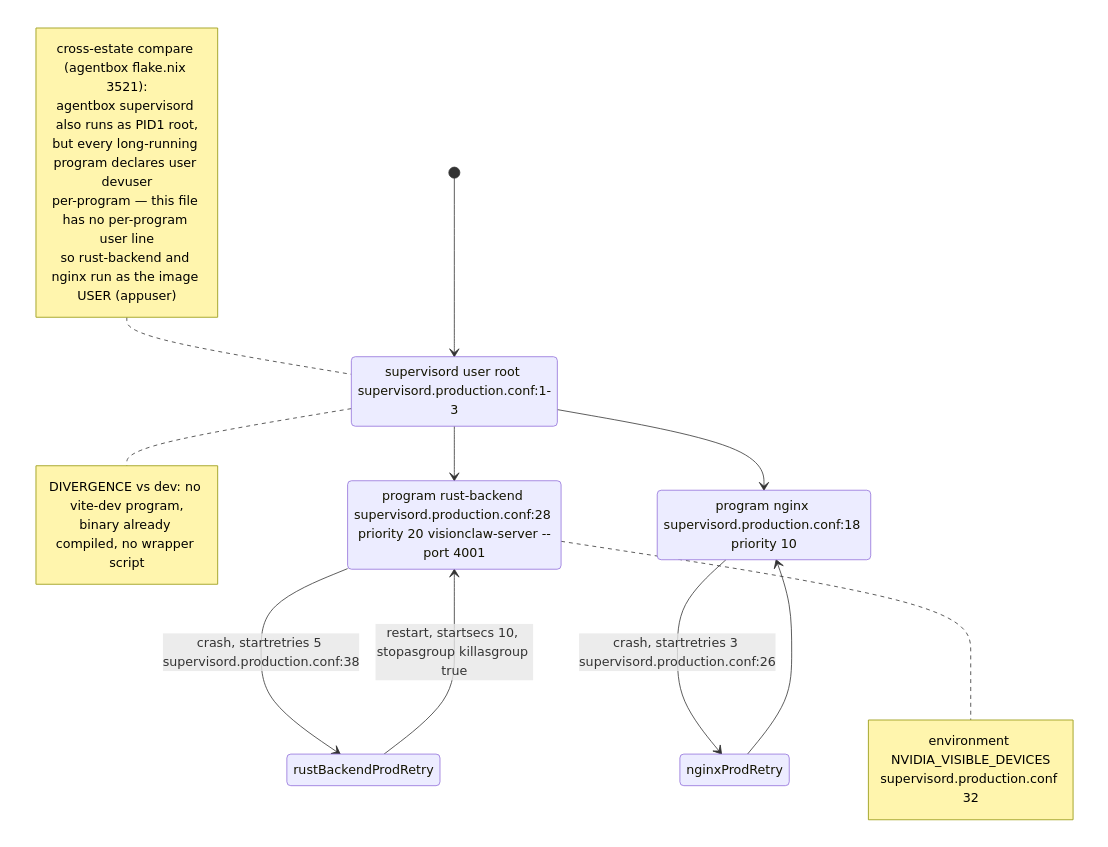
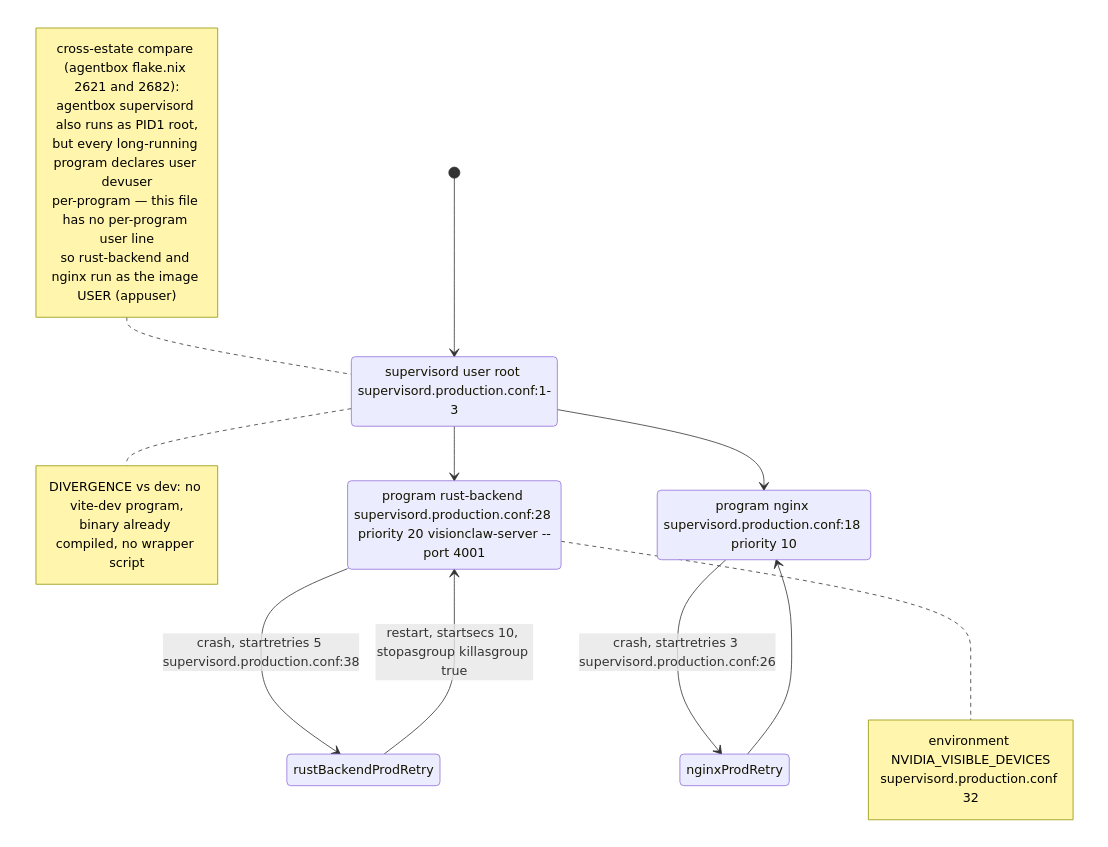
One commit to DreamLab-AI/VisionFlow changed the seventh of 24 diagrams in docs/diagrams/estate/09-build-deploy-and-ci-estate.md. Above: the diagram before and after it, drawn with Mermaid. The commit also changed other lines of this file and 160 other files, not shown here.

````diff
--- a/docs/diagrams/estate/09-build-deploy-and-ci-estate.md
+++ b/docs/diagrams/estate/09-build-deploy-and-ci-estate.md
@@ -263,31 +267,31 @@
 ```mermaid
 stateDiagram-v2
     [*] --> supervisordRootProd
     supervisordRootProd: supervisord user root supervisord.production.conf:1-3
     supervisordRootProd --> nginxProd
     supervisordRootProd --> rustBackendProd
 
     nginxProd: program nginx supervisord.production.conf:18 priority 10
     rustBackendProd: program rust-backend supervisord.production.conf:28 priority 20 visionclaw-server --port 4001
 
     rustBackendProd --> rustBackendProdRetry: crash, startretries 5 supervisord.production.conf:38
     rustBackendProdRetry --> rustBackendProd: restart, startsecs 10, stopasgroup killasgroup true
     nginxProd --> nginxProdRetry: crash, startretries 3 supervisord.production.conf:26
     nginxProdRetry --> nginxProd
 
     note right of rustBackendProd
         environment NVIDIA_VISIBLE_DEVICES
         supervisord.production.conf 32
     end note
     note right of supervisordRootProd
         DIVERGENCE vs dev: no vite-dev program,
         binary already compiled, no wrapper script
     end note
     note left of supervisordRootProd
-        cross-estate compare (agentbox flake.nix 3521):
+        cross-estate compare (agentbox flake.nix 2621 and 2682):
         agentbox supervisord also runs as PID1 root,
         but every long-running program declares user devuser
         per-program — this file has no per-program user line
         so rust-backend and nginx run as the image USER (appuser)
     end note
 ```
````
